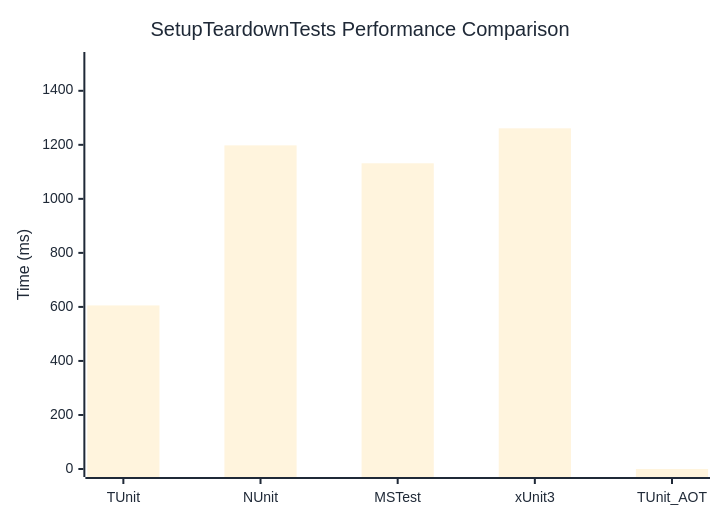
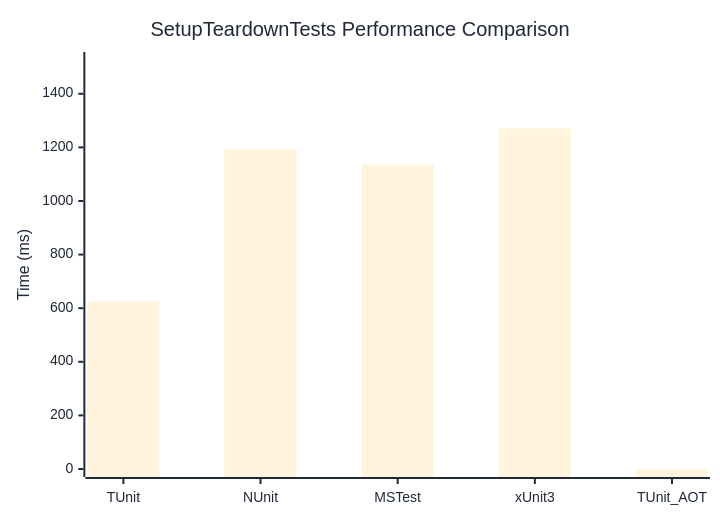
The diagram in docs/docs/benchmarks/SetupTeardownTests.md (thomhurst/TUnit), drawn with Mermaid before and after one commit. The commit also changed other lines of this file and 17 other files, not shown here.

````diff
--- a/docs/docs/benchmarks/SetupTeardownTests.md
+++ b/docs/docs/benchmarks/SetupTeardownTests.md
@@ -27,37 +27,37 @@
 ```mermaid
 %%{init: {
   'theme':'base',
   'themeVariables': {
     'primaryColor': '#2563eb',
     'primaryTextColor': '#1f2937',
     'primaryBorderColor': '#1e40af',
     'lineColor': '#6b7280',
     'secondaryColor': '#7c3aed',
     'tertiaryColor': '#dc2626',
     'background': '#ffffff',
     'mainBkg': '#2563eb',
     'secondBkg': '#7c3aed',
     'tertiaryBkg': '#dc2626',
     'clusterBkg': '#f3f4f6',
     'edgeLabelBackground': '#ffffff',
     'tertiaryTextColor': '#1f2937',
     'pie1': '#2563eb',
     'pie2': '#7c3aed',
     'pie3': '#dc2626',
     'pie4': '#f59e0b',
     'pie5': '#10b981',
     'pie6': '#06b6d4',
     'pie7': '#ec4899',
     'pie8': '#6366f1',
     'pie9': '#84cc16',
     'pie10': '#f97316',
     'pie11': '#14b8a6',
     'pie12': '#a855f7'
   }
 }}%%
 xychart-beta
   title "SetupTeardownTests Performance Comparison"
   x-axis ["TUnit", "NUnit", "MSTest", "xUnit3", "TUnit_AOT"]
-  y-axis "Time (ms)" 0 --> 1514
-  bar [605.5, 1198, 1131.7, 1261.1, 0]
+  y-axis "Time (ms)" 0 --> 1526
+  bar [623.7, 1193.7, 1135.5, 1270.9, 0]
 ```
````
